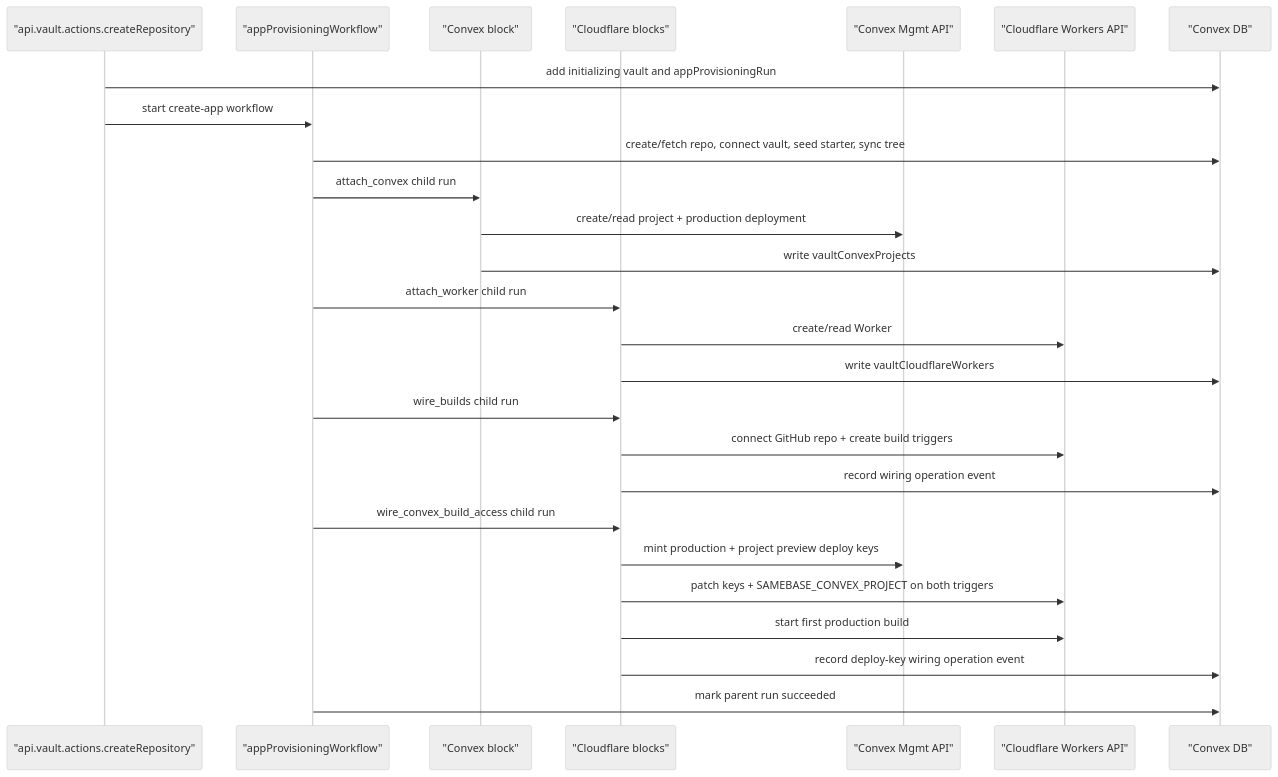
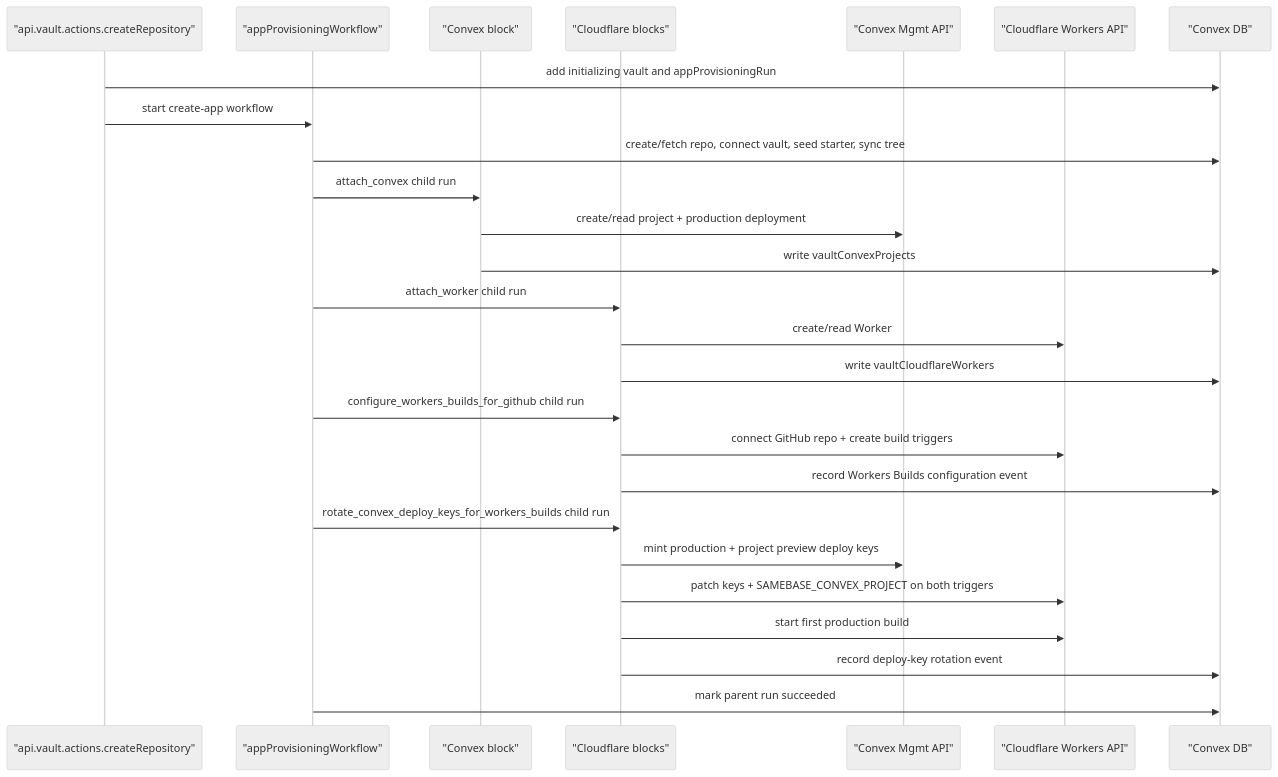
Before and after one commit to samebase/samebase: the diagram in specs/003_VAULT_INFRA_PROVISIONING_SPEC.md, drawn with Mermaid (neutral theme). The commit also changed other lines of this file and 52 other files, not shown here.

````diff
--- a/specs/003_VAULT_INFRA_PROVISIONING_SPEC.md
+++ b/specs/003_VAULT_INFRA_PROVISIONING_SPEC.md
@@ -238,29 +239,29 @@
 ```mermaid
 sequenceDiagram
   participant VA as "api.vault.actions.createRepository"
   participant WF as "appProvisioningWorkflow"
   participant CVXB as "Convex block"
   participant CFB as "Cloudflare blocks"
   participant CVX as "Convex Mgmt API"
   participant CFL as "Cloudflare Workers API"
   participant DB as "Convex DB"
 
   VA->>DB: add initializing vault and appProvisioningRun
   VA->>WF: start create-app workflow
   WF->>DB: create/fetch repo, connect vault, seed starter, sync tree
   WF->>CVXB: attach_convex child run
   CVXB->>CVX: create/read project + production deployment
   CVXB->>DB: write vaultConvexProjects
   WF->>CFB: attach_worker child run
   CFB->>CFL: create/read Worker
   CFB->>DB: write vaultCloudflareWorkers
-  WF->>CFB: wire_builds child run
+  WF->>CFB: configure_workers_builds_for_github child run
   CFB->>CFL: connect GitHub repo + create build triggers
-  CFB->>DB: record wiring operation event
-  WF->>CFB: wire_convex_build_access child run
+  CFB->>DB: record Workers Builds configuration event
+  WF->>CFB: rotate_convex_deploy_keys_for_workers_builds child run
   CFB->>CVX: mint production + project preview deploy keys
   CFB->>CFL: patch keys + SAMEBASE_CONVEX_PROJECT on both triggers
   CFB->>CFL: start first production build
-  CFB->>DB: record deploy-key wiring operation event
+  CFB->>DB: record deploy-key rotation event
   WF->>DB: mark parent run succeeded
 ```
````
